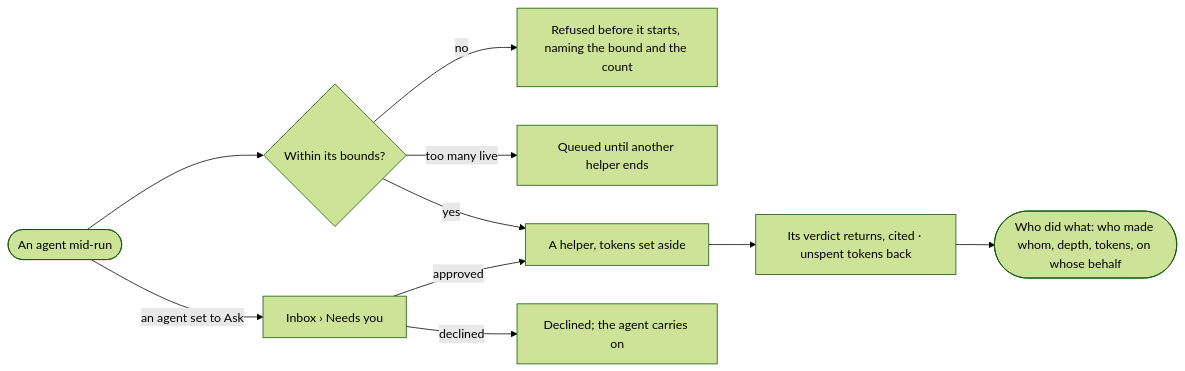
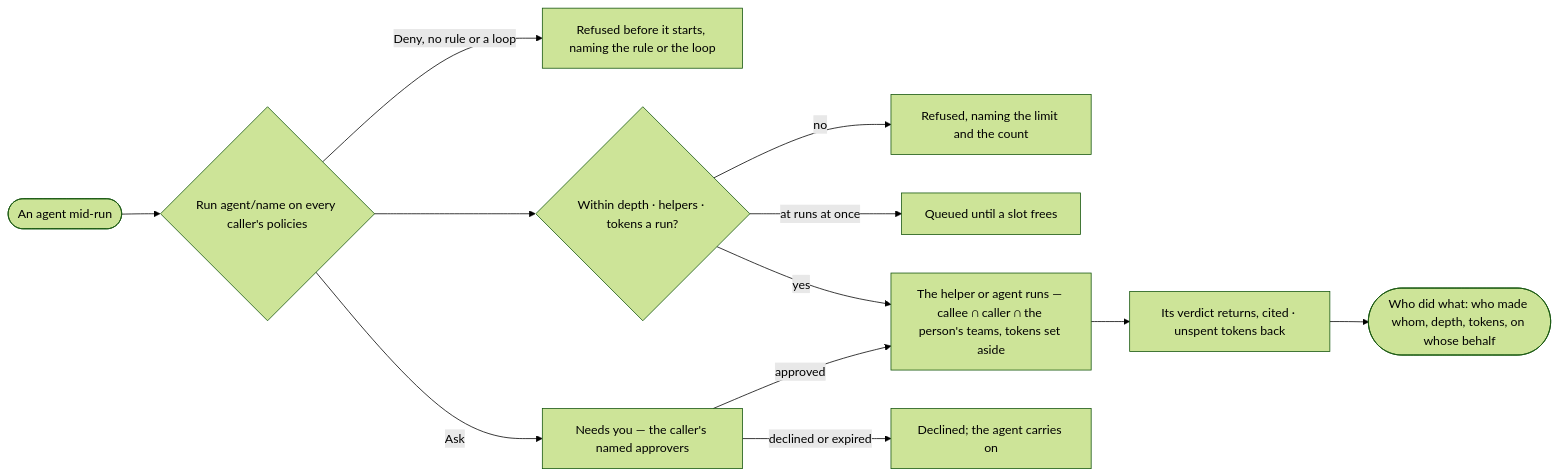
The diagram in specs/capabilities/agents/features/AG-F05-delegation-and-outside-agents/stories/AG-24-see-who-made-whom-and-hand-work-to-a-helper-within-bounds/story.md (invana/invana), drawn with Mermaid (forest theme) before and after one commit. The commit also changed other lines of this file and 522 other files, not shown here.

````diff
--- a/specs/capabilities/agents/features/AG-F05-delegation-and-outside-agents/stories/AG-24-see-who-made-whom-and-hand-work-to-a-helper-within-bounds/story.md
+++ b/specs/capabilities/agents/features/AG-F05-delegation-and-outside-agents/stories/AG-24-see-who-made-whom-and-hand-work-to-a-helper-within-bounds/story.md
@@ -27,12 +28,14 @@
 ```mermaid
 flowchart LR
-  a([An agent mid-run]) --> b{"Within its bounds?"}
-  b -->|no| r["Refused before it starts, naming the bound and the count"]
-  b -->|too many live| q["Queued until another helper ends"]
-  b -->|yes| h["A helper, tokens set aside"]
-  a -->|an agent set to Ask| ask["Inbox › Needs you"]
+  a([An agent mid-run]) --> r{"Run agent/name on every caller's policies"}
+  r -->|Deny, no rule or a loop| x["Refused before it starts, naming the rule or the loop"]
+  r --> b{"Within depth · helpers · tokens a run?"}
+  b -->|no| x2["Refused, naming the limit and the count"]
+  b -->|at runs at once| q["Queued until a slot frees"]
+  r -->|Ask| ask["Needs you — the caller's named approvers"]
   ask -->|approved| h
-  ask -->|declined| d["Declined; the agent carries on"]
+  ask -->|declined or expired| d["Declined; the agent carries on"]
+  b -->|yes| h["The helper or agent runs — callee ∩ caller ∩ the person's teams, tokens set aside"]
   h --> v["Its verdict returns, cited · unspent tokens back"]
   v --> t(["Who did what: who made whom, depth, tokens, on whose behalf"])
 ```
````
